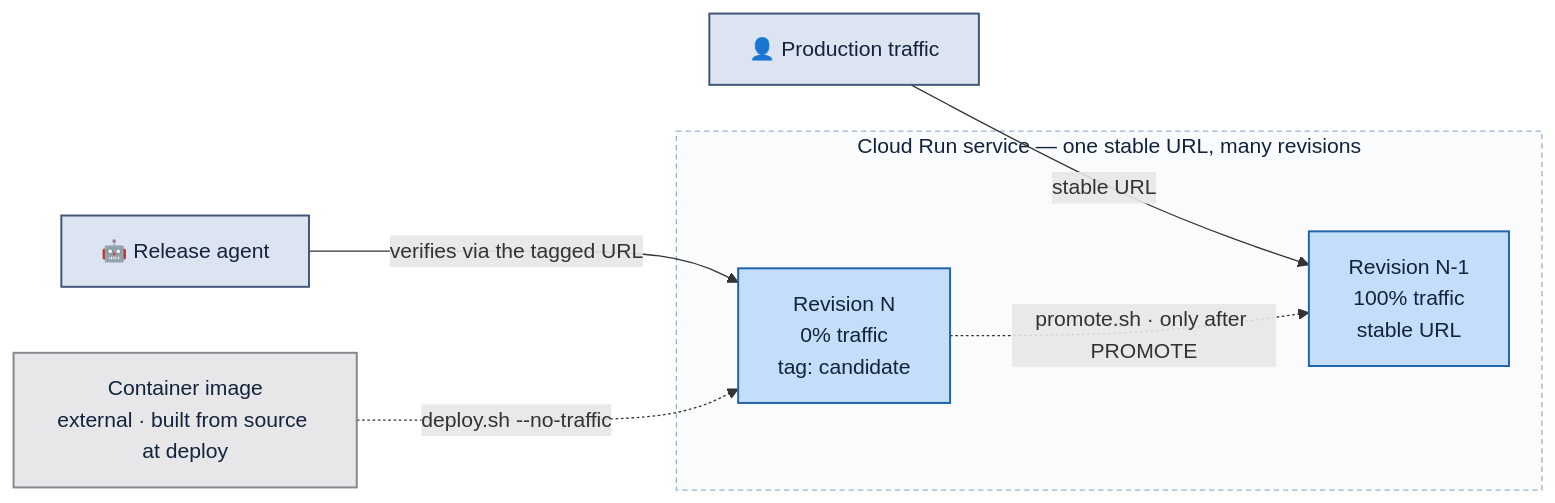
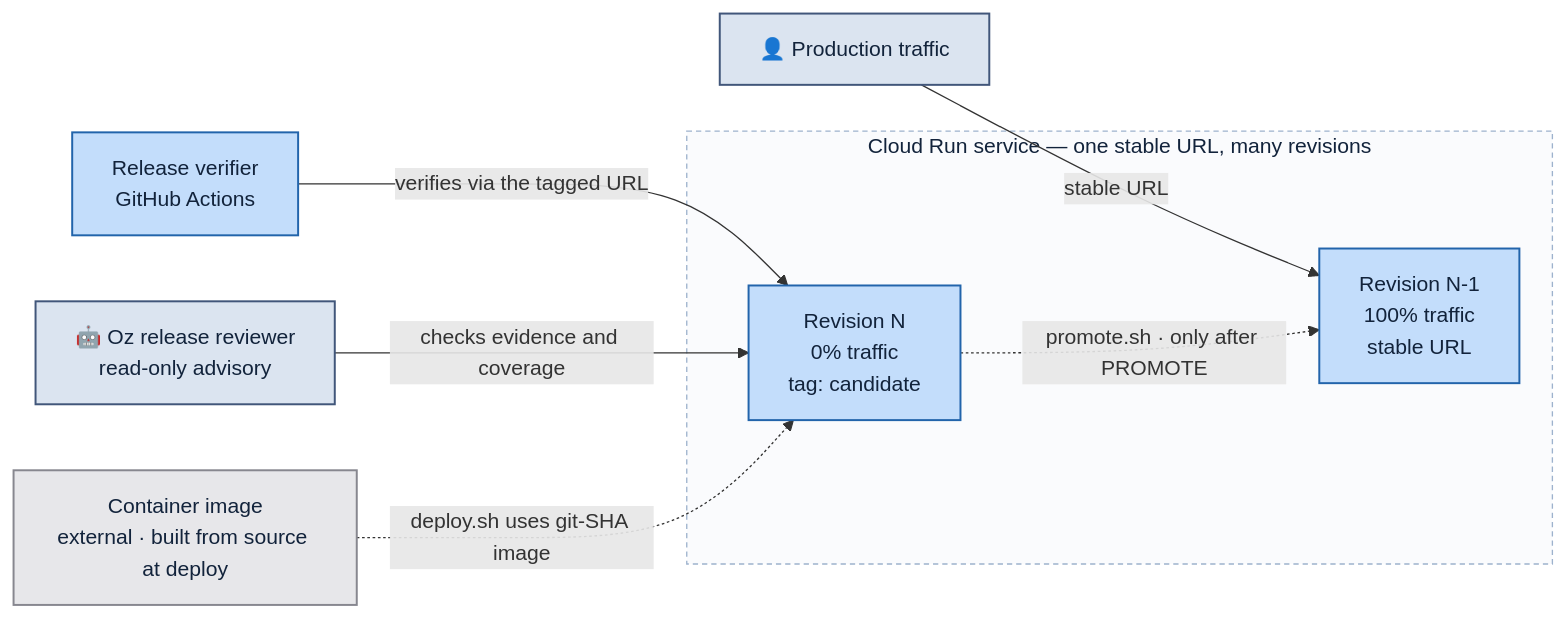
Before and after one commit to TryHarder01/release-agent-demo: the fifth of 7 diagrams in ARCHITECTURE.md, drawn with Mermaid. The commit also changed other lines of this file, not shown here.

First line of the commit message:
Refresh ARCHITECTURE.md: add LLM proxy and Oz release-readiness review

````diff
--- a/ARCHITECTURE.md
+++ b/ARCHITECTURE.md
@@ -225,26 +243,28 @@
 ```mermaid
 flowchart LR
     users["👤 Production traffic"]
-    agent["🤖 Release agent"]
+    verifier["Release verifier\nGitHub Actions"]
+    reviewer["🤖 Oz release reviewer\nread-only advisory"]
 
     subgraph service["Cloud Run service — one stable URL, many revisions"]
         prod["Revision N-1\n100% traffic\nstable URL"]
         cand["Revision N\n0% traffic\ntag: candidate"]
     end
 
     registry["Container image\nexternal · built from source at deploy"]
 
     users -->|"stable URL"| prod
-    agent -->|"verifies via the tagged URL"| cand
-    registry -.->|"deploy.sh --no-traffic"| cand
+    verifier -->|"verifies via the tagged URL"| cand
+    reviewer -->|"checks evidence and coverage"| cand
+    registry -.->|"deploy.sh uses git-SHA image"| cand
     cand -.->|"promote.sh · only after PROMOTE"| prod
 
     classDef actor    fill:#dbe4f0,stroke:#41567a,stroke-width:1.5px,color:#12233b
     classDef owned    fill:#c3ddfb,stroke:#2264ab,stroke-width:1.5px,color:#12233b
     classDef external fill:#e7e7ea,stroke:#87878f,stroke-width:1.5px,color:#12233b
     classDef boundary fill:#fafbfd,stroke:#9db2cd,stroke-width:1px,stroke-dasharray:4 3,color:#12233b
-    class users,agent actor
-    class prod,cand owned
+    class users,reviewer actor
+    class verifier,prod,cand owned
     class registry external
     class service boundary
 ```
````
